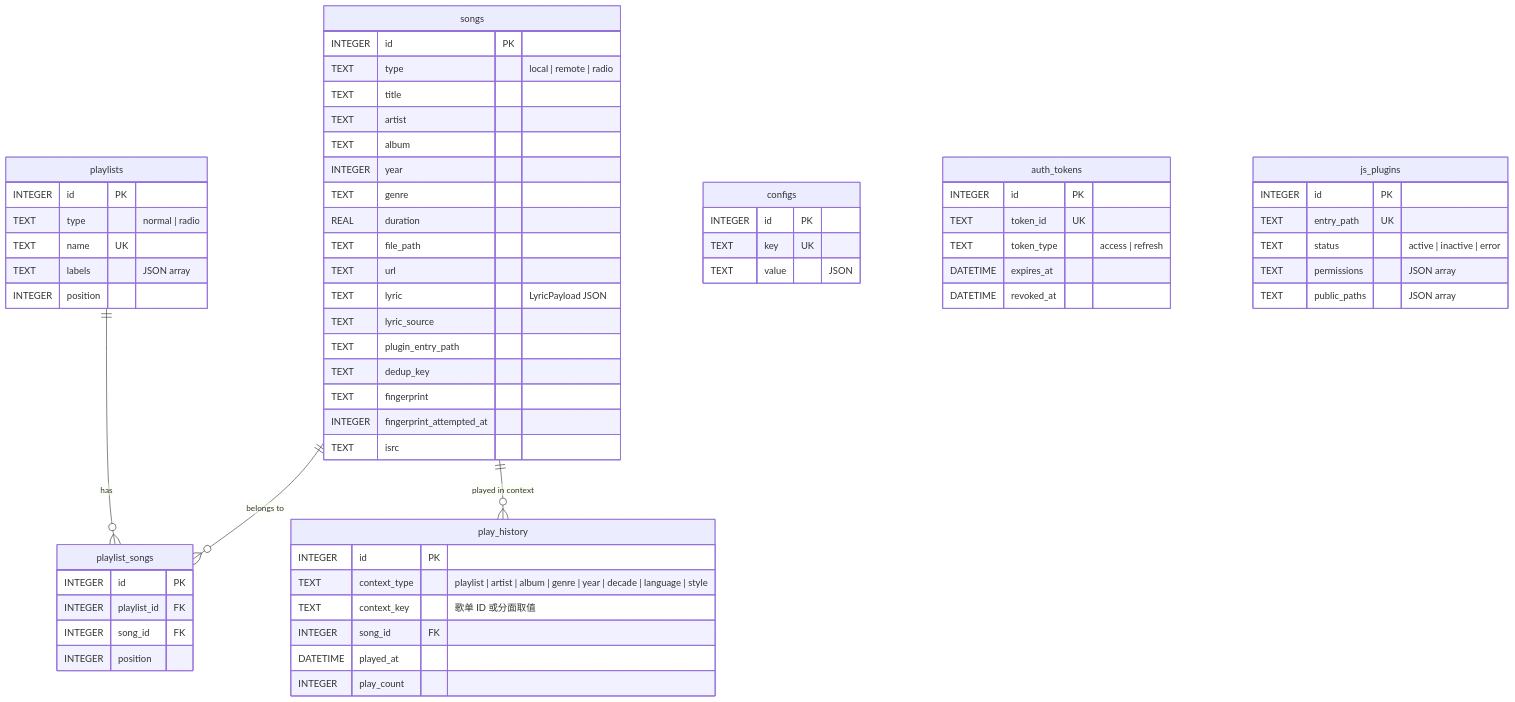
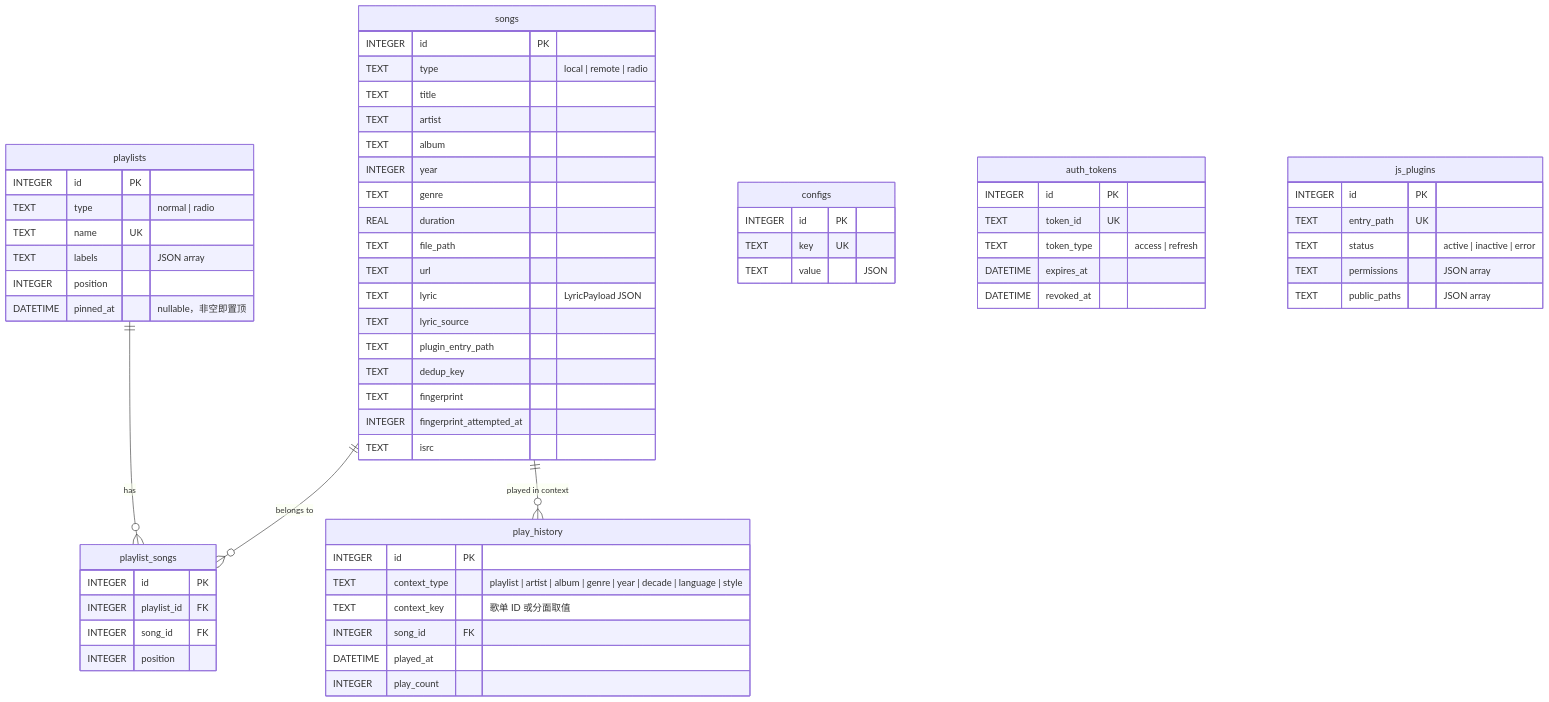
Before and after one commit to MambaOutZY/songloft-gemini: the first of 2 diagrams in docs/repowiki/数据模型设计.md, drawn with Mermaid. The commit also changed other lines of this file and 19 other files, not shown here.

````diff
--- a/docs/repowiki/数据模型设计.md
+++ b/docs/repowiki/数据模型设计.md
@@ -48,66 +48,67 @@
 ```mermaid
 erDiagram
     songs ||--o{ playlist_songs : "belongs to"
     playlists ||--o{ playlist_songs : "has"
     songs ||--o{ play_history : "played in context"
 
     songs {
         INTEGER id PK
         TEXT type "local | remote | radio"
         TEXT title
         TEXT artist
         TEXT album
         INTEGER year
         TEXT genre
         REAL duration
         TEXT file_path
         TEXT url
         TEXT lyric "LyricPayload JSON"
         TEXT lyric_source
         TEXT plugin_entry_path
         TEXT dedup_key
         TEXT fingerprint
         INTEGER fingerprint_attempted_at
         TEXT isrc
     }
     playlists {
         INTEGER id PK
         TEXT type "normal | radio"
         TEXT name UK
         TEXT labels "JSON array"
         INTEGER position
+        DATETIME pinned_at "nullable，非空即置顶"
     }
     playlist_songs {
         INTEGER id PK
         INTEGER playlist_id FK
         INTEGER song_id FK
         INTEGER position
     }
     configs {
         INTEGER id PK
         TEXT key UK
         TEXT value "JSON"
     }
     auth_tokens {
         INTEGER id PK
         TEXT token_id UK
         TEXT token_type "access | refresh"
         DATETIME expires_at
         DATETIME revoked_at
     }
     js_plugins {
         INTEGER id PK
         TEXT entry_path UK
         TEXT status "active | inactive | error"
         TEXT permissions "JSON array"
         TEXT public_paths "JSON array"
     }
     play_history {
         INTEGER id PK
         TEXT context_type "playlist | artist | album | genre | year | decade | language | style"
         TEXT context_key "歌单 ID 或分面取值"
         INTEGER song_id FK
         DATETIME played_at
         INTEGER play_count
     }
 ```
````
